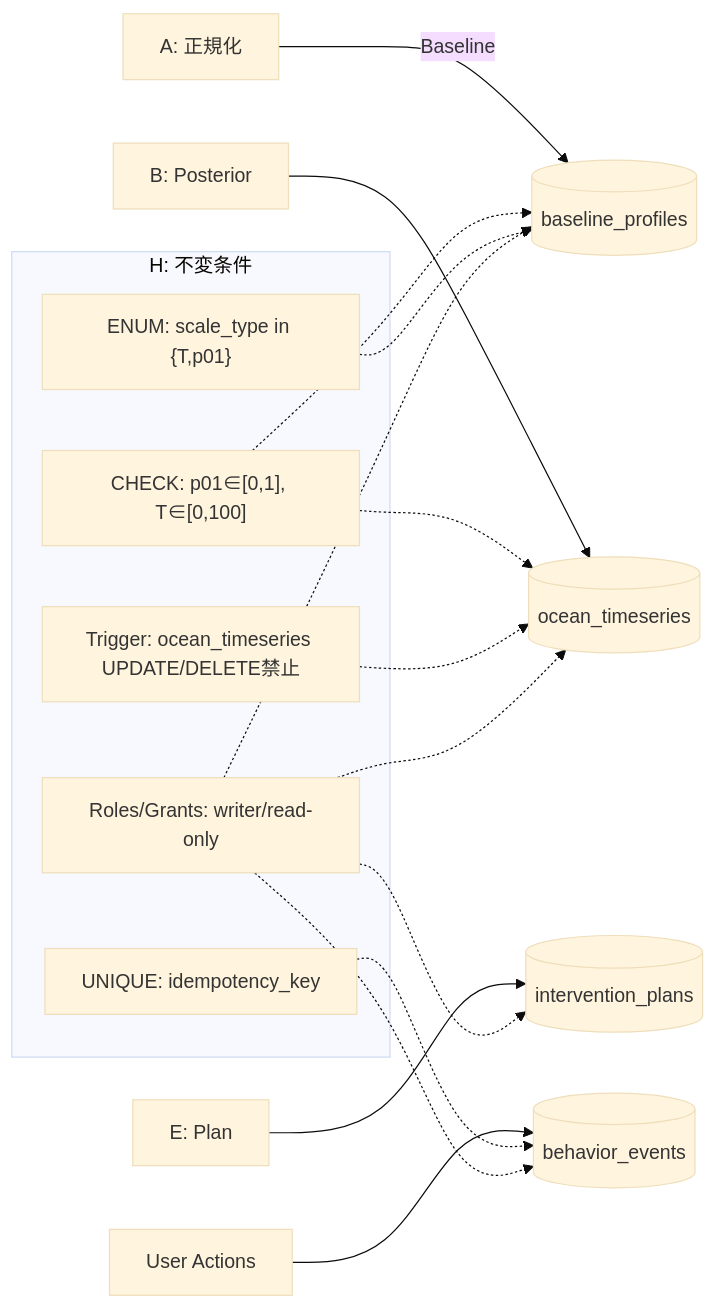
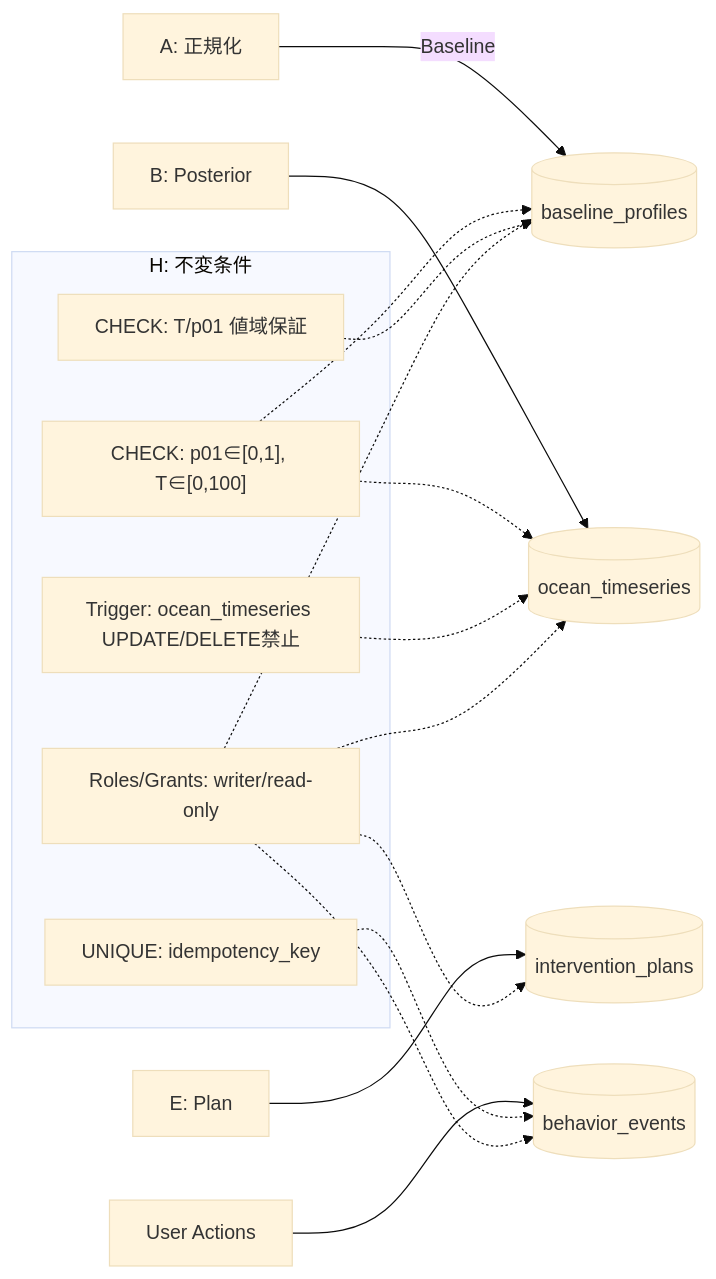
Before and after one commit to k-naruse3209/requirements_AI_assistant: the diagram in docs/diagrams/06_data_model_invariants.md, drawn with Mermaid (base theme). The commit also changed other lines of this file and 8 other files, not shown here.

Commit message:
docs: remove scale_type in favor of dual columns; add optional ocean_features DDL; unify Mermaid line breaks to <br/>; align playbooks/specs

````diff
--- a/docs/diagrams/06_data_model_invariants.md
+++ b/docs/diagrams/06_data_model_invariants.md
@@ -5,23 +5,23 @@
 ```mermaid
 flowchart LR
   A1["A: 正規化"] -->|Baseline| BP[(baseline_profiles)]
   B1["B: Posterior"] --> OT[(ocean_timeseries)]
   E1["E: Plan"] --> IP[(intervention_plans)]
   UI[User Actions] --> BE[(behavior_events)]
   subgraph Constraints["H: 不変条件"]
     C1["CHECK: p01∈[0,1], T∈[0,100]"]
-    C2["ENUM: scale_type in {T,p01}"]
+    C2["CHECK: T/p01 値域保証"]
     C3["Trigger: ocean_timeseries UPDATE/DELETE禁止"]
     C4["UNIQUE: idempotency_key"]
     C5["Roles/Grants: writer/read-only"]
   end
   C1 -.-> BP
   C2 -.-> BP
   C1 -.-> OT
   C3 -.-> OT
   C4 -.-> BE
   C5 -.-> BP
   C5 -.-> OT
   C5 -.-> IP
   C5 -.-> BE
 ```
````
